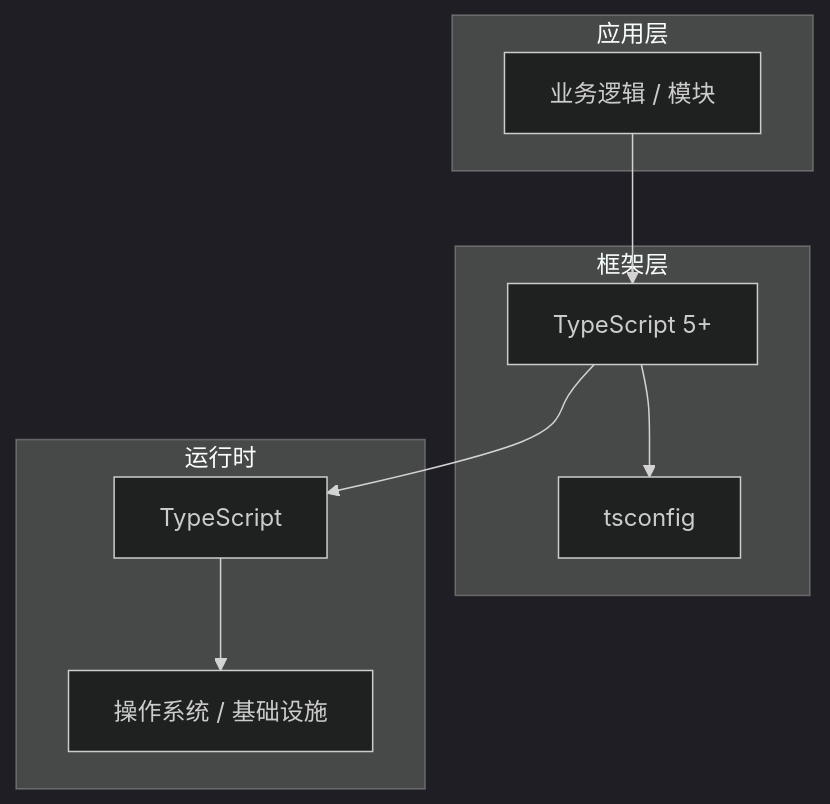
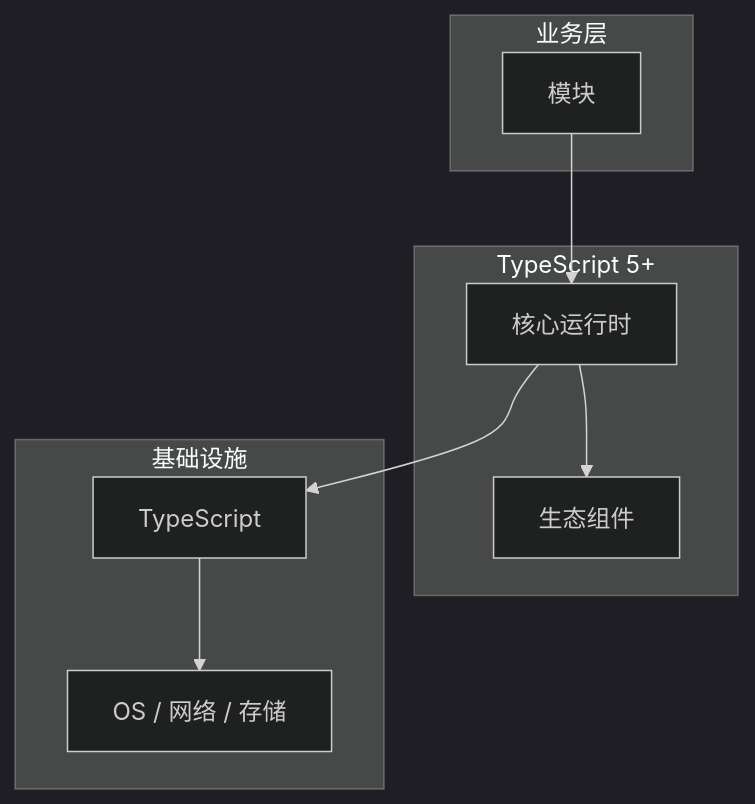
The diagram in articles/TypeScript/chapters/057-模块核心概念与原理.md (yanggan2015/knowledge-json-v2), drawn with Mermaid (dark theme) before and after one commit. The commit also changed other lines of this file and 10127 other files, not shown here.

````diff
--- a/articles/TypeScript/chapters/057-模块核心概念与原理.md
+++ b/articles/TypeScript/chapters/057-模块核心概念与原理.md
@@ -45,18 +34,18 @@
 ```mermaid
 graph TB
-    subgraph 应用层
-        A[业务逻辑 / 模块]
+    subgraph 业务层
+        A[模块]
     end
-    subgraph 框架层
-        B[TypeScript 5+]
-        C[tsconfig]
+    subgraph TypeScript 5+
+        B[核心运行时]
+        C[生态组件]
     end
-    subgraph 运行时
+    subgraph 基础设施
         D[TypeScript]
-        E[操作系统 / 基础设施]
+        E[OS / 网络 / 存储]
     end
     A --> B
     B --> C
     B --> D
     D --> E
 ```
````
